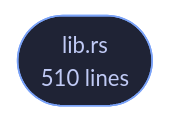
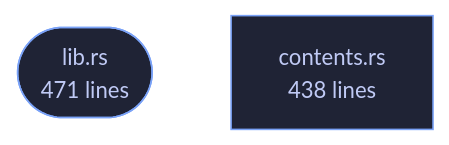
One commit to tilas01/veilvoice changed the diagram in crates/veilvoice-check/README.md. Above: the diagram before and after it, drawn with Mermaid. The commit also changed other lines of this file and 108 other files, not shown here.

````diff
--- a/crates/veilvoice-check/README.md
+++ b/crates/veilvoice-check/README.md
@@ -93,6 +93,8 @@
 ```mermaid
 %%{init: {"theme":"base","themeVariables":{"background":"#1a1b26","primaryColor":"#1f2335","primaryTextColor":"#c0caf5","primaryBorderColor":"#7aa2f7","secondaryColor":"#16161e","tertiaryColor":"#16161e","lineColor":"#737aa2","textColor":"#c0caf5","mainBkg":"#1f2335","nodeBorder":"#7aa2f7","clusterBkg":"#16161e","clusterBorder":"#2f3549","fontFamily":"ui-monospace, SFMono-Regular, Consolas, monospace","fontSize":"14px"}}}%%
 flowchart TD
-    n_lib(["lib.rs<br/>510 lines"])
+    n_lib(["lib.rs<br/>471 lines"])
+    n_contents["contents.rs<br/>438 lines"]
     click n_lib href "https://github.com/tilas01/veilvoice/blob/main/crates/veilvoice-check/src/lib.rs" "open the source"
+    click n_contents href "https://github.com/tilas01/veilvoice/blob/main/crates/veilvoice-check/src/contents.rs" "open the source"
 ```
````
